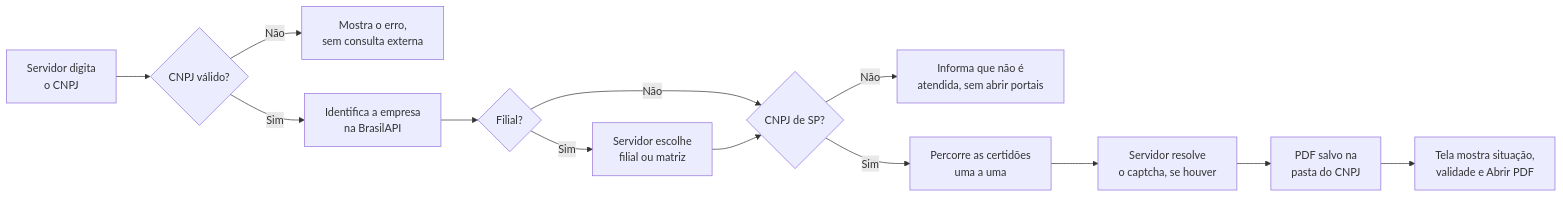
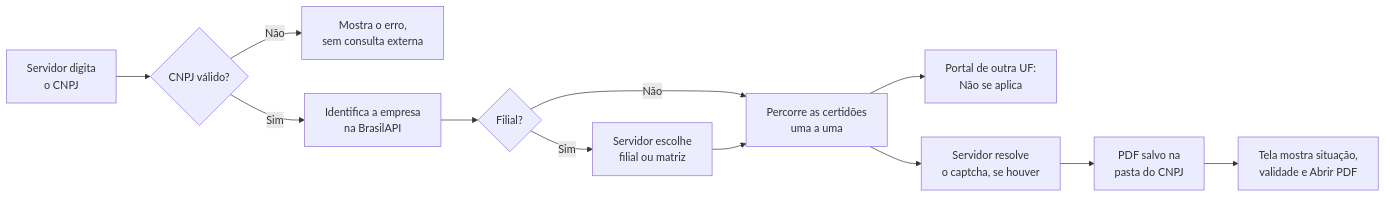
Before and after one commit to maia-andre/licita_certidoes: the first of 3 diagrams in README.md, drawn with Mermaid. The commit also changed other lines of this file, not shown here.

Commit message:
docs: README sem a regra de SP e com o mapeamento de CNDs estaduais

````diff
--- a/README.md
+++ b/README.md
@@ -39,15 +39,14 @@
 ```mermaid
 flowchart LR
     A[Servidor digita<br/>o CNPJ] --> B{CNPJ válido?}
     B -- Não --> C[Mostra o erro,<br/>sem consulta externa]
     B -- Sim --> I[Identifica a empresa<br/>na BrasilAPI]
     I --> J{Filial?}
     J -- Sim --> K[Servidor escolhe<br/>filial ou matriz]
-    J -- Não --> L{CNPJ de SP?}
-    K --> L
-    L -- Não --> M[Informa que não é<br/>atendida, sem abrir portais]
-    L -- Sim --> D[Percorre as certidões<br/>uma a uma]
+    J -- Não --> D[Percorre as certidões<br/>uma a uma]
+    K --> D
+    D --> N[Portal de outra UF:<br/>Não se aplica]
     D --> E[Servidor resolve<br/>o captcha, se houver]
     E --> F[PDF salvo na<br/>pasta do CNPJ]
     F --> H[Tela mostra situação,<br/>validade e Abrir PDF]
 ```
````
